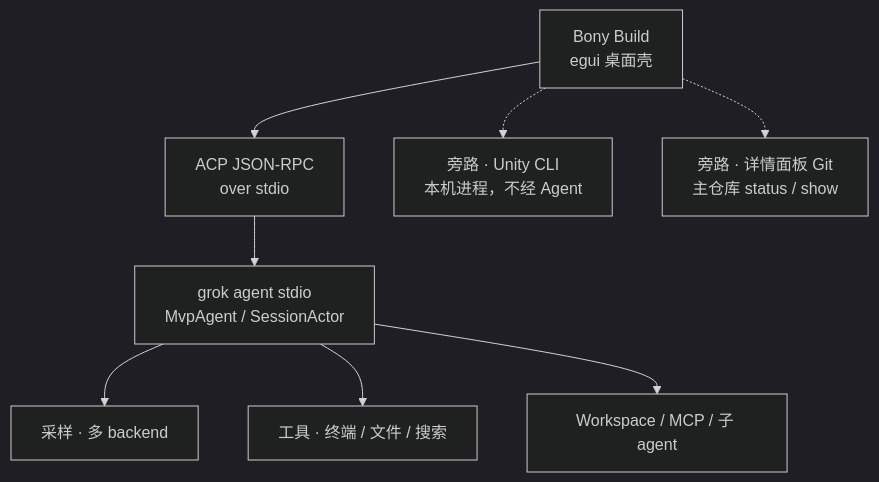
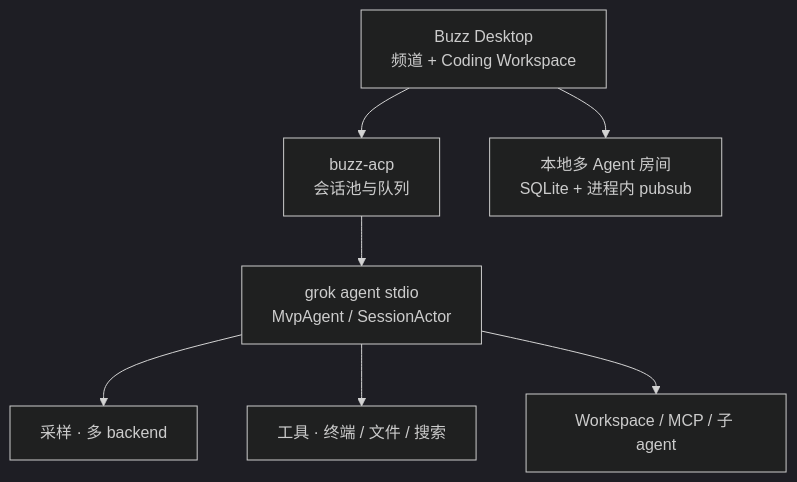
The diagram in README.md (phuhao00/bony), drawn with Mermaid (dark theme) before and after one commit. The commit also changed other lines of this file and 129 other files, not shown here.

Commit message:
Remove egui shell and consolidate on Buzz Desktop

````diff
--- a/README.md
+++ b/README.md
@@ -258,18 +183,16 @@
 ```mermaid
 flowchart TB
-  UI["Bony Build<br/>egui 桌面壳"]
-  ACP["ACP JSON-RPC<br/>over stdio"]
+  UI["Buzz Desktop<br/>频道 + Coding Workspace"]
+  ACP["buzz-acp<br/>会话池与队列"]
   Agent["grok agent stdio<br/>MvpAgent / SessionActor"]
   Sample["采样 · 多 backend"]
   Tools["工具 · 终端 / 文件 / 搜索"]
   WS["Workspace / MCP / 子 agent"]
-  Unity["旁路 · Unity CLI<br/>本机进程，不经 Agent"]
-  Git["旁路 · 详情面板 Git<br/>主仓库 status / show"]
+  Room["本地多 Agent 房间<br/>SQLite + 进程内 pubsub"]
 
   UI --> ACP --> Agent
   Agent --> Sample
   Agent --> Tools
   Agent --> WS
-  UI -.-> Unity
-  UI -.-> Git
+  UI --> Room
 ```
````
